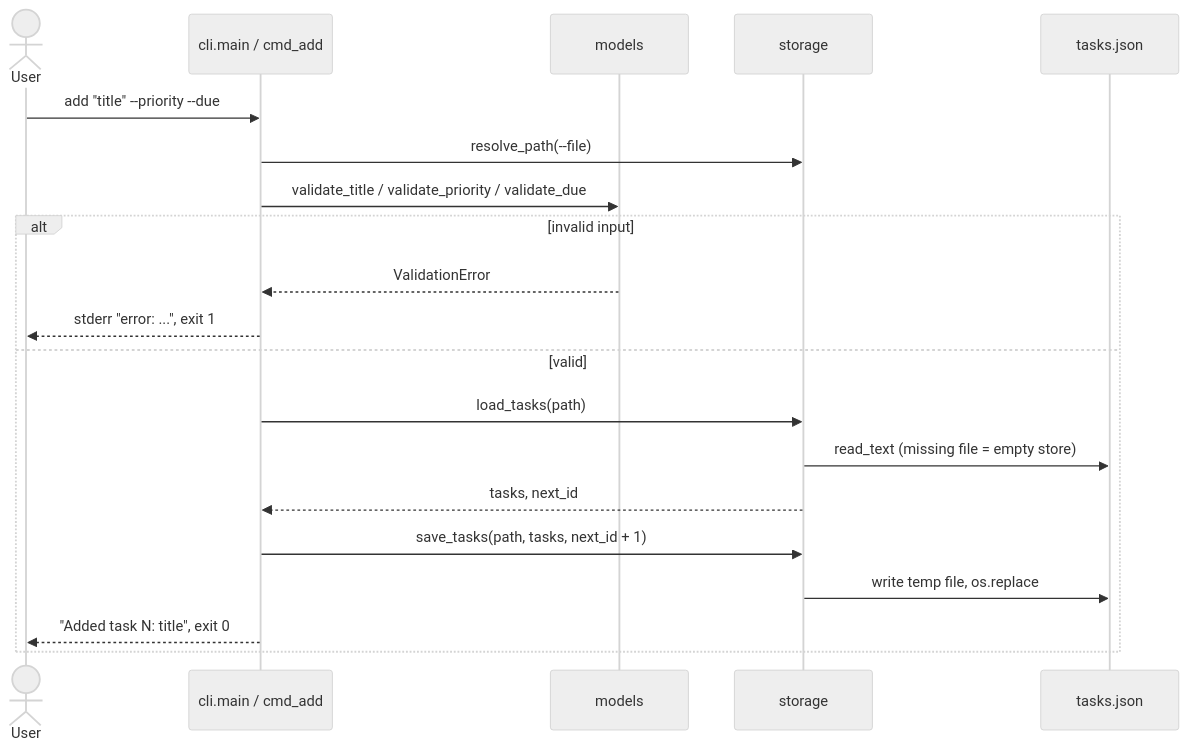
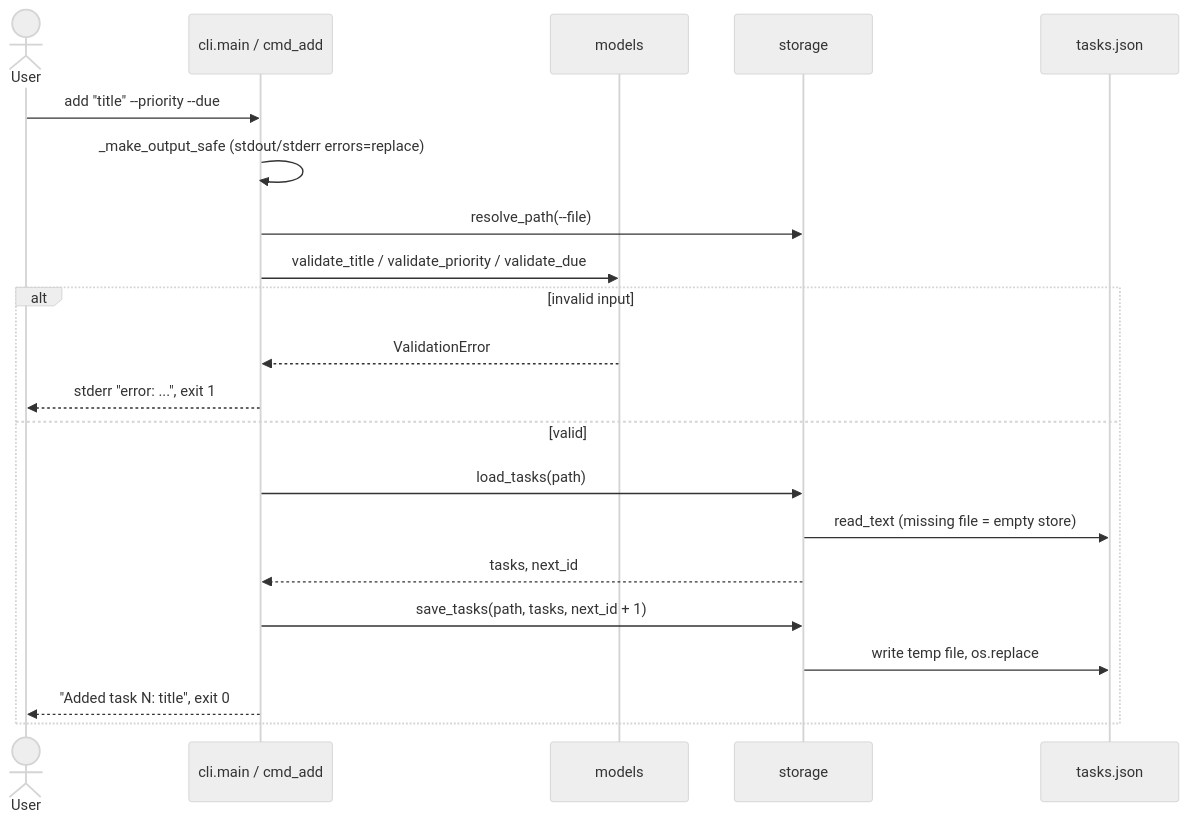
The diagram in docs/diagrams/sequence-add-task.md (Lolisuki18/Test-skill), drawn with Mermaid (neutral theme) before and after one commit. The commit also changed other lines of this file and 5 other files, not shown here.

Commit message:
docs: document title rule and replace-on-print output; update evidence, diagram, QA closure

````diff
--- a/docs/diagrams/sequence-add-task.md
+++ b/docs/diagrams/sequence-add-task.md
@@ -3,22 +3,23 @@
 ```mermaid
 sequenceDiagram
   actor U as User
   participant C as cli.main / cmd_add
   participant M as models
   participant S as storage
   participant F as tasks.json
   U->>C: add "title" --priority --due
+  C->>C: _make_output_safe (stdout/stderr errors=replace)
   C->>S: resolve_path(--file)
   C->>M: validate_title / validate_priority / validate_due
   alt invalid input
     M-->>C: ValidationError
     C-->>U: stderr "error: ...", exit 1
   else valid
     C->>S: load_tasks(path)
     S->>F: read_text (missing file = empty store)
     S-->>C: tasks, next_id
     C->>S: save_tasks(path, tasks, next_id + 1)
     S->>F: write temp file, os.replace
     C-->>U: "Added task N: title", exit 0
   end
 ```
````
